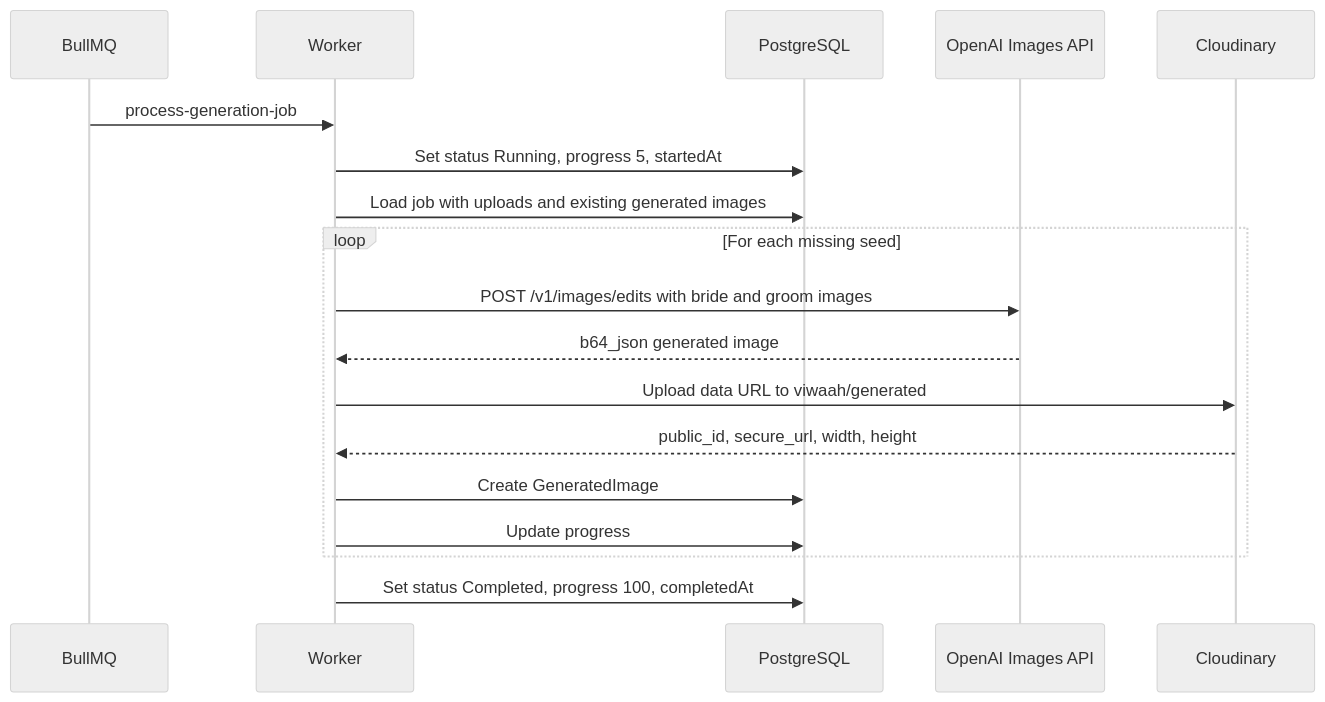
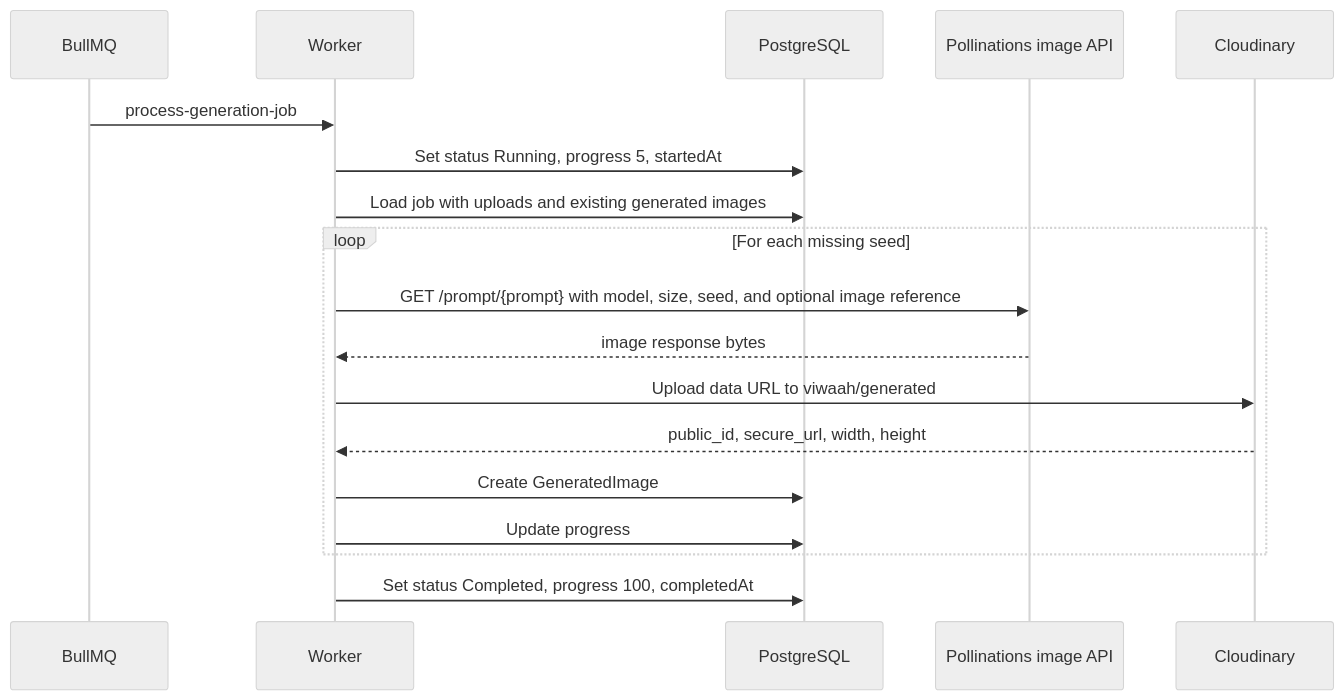
One commit to Rahul-Shetty-10/photo_album changed the fourth of 6 diagrams in docs/appflow.md. Above: the diagram before and after it, drawn with Mermaid (neutral theme). The commit also changed other lines of this file and 20 other files, not shown here.

````diff
--- a/docs/appflow.md
+++ b/docs/appflow.md
@@ -89,21 +89,21 @@
 ```mermaid
 sequenceDiagram
     participant Q as BullMQ
     participant W as Worker
     participant DB as PostgreSQL
-    participant OAI as OpenAI Images API
+    participant POL as Pollinations image API
     participant C as Cloudinary
 
     Q->>W: process-generation-job
     W->>DB: Set status Running, progress 5, startedAt
     W->>DB: Load job with uploads and existing generated images
     loop For each missing seed
-        W->>OAI: POST /v1/images/edits with bride and groom images
-        OAI-->>W: b64_json generated image
+        W->>POL: GET /prompt/{prompt} with model, size, seed, and optional image reference
+        POL-->>W: image response bytes
         W->>C: Upload data URL to viwaah/generated
         C-->>W: public_id, secure_url, width, height
         W->>DB: Create GeneratedImage
         W->>DB: Update progress
     end
     W->>DB: Set status Completed, progress 100, completedAt
 ```
````
